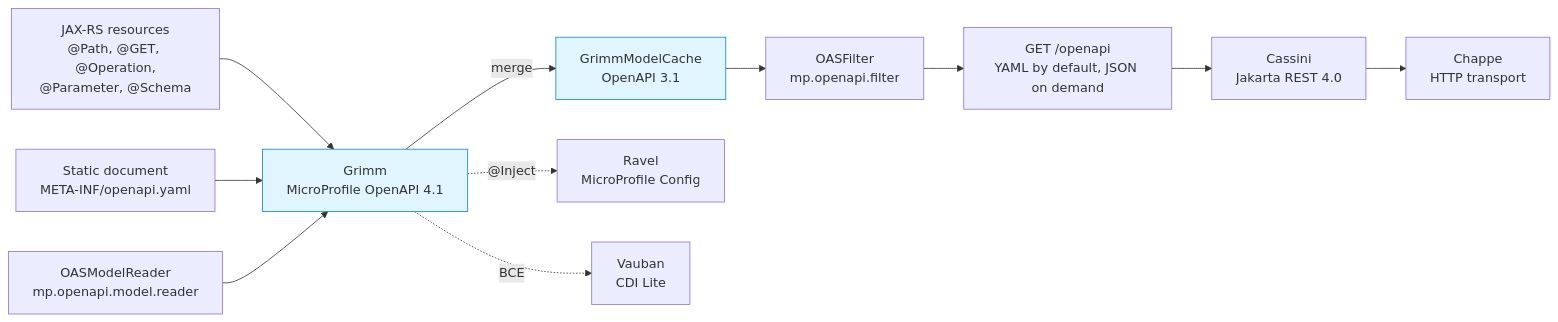
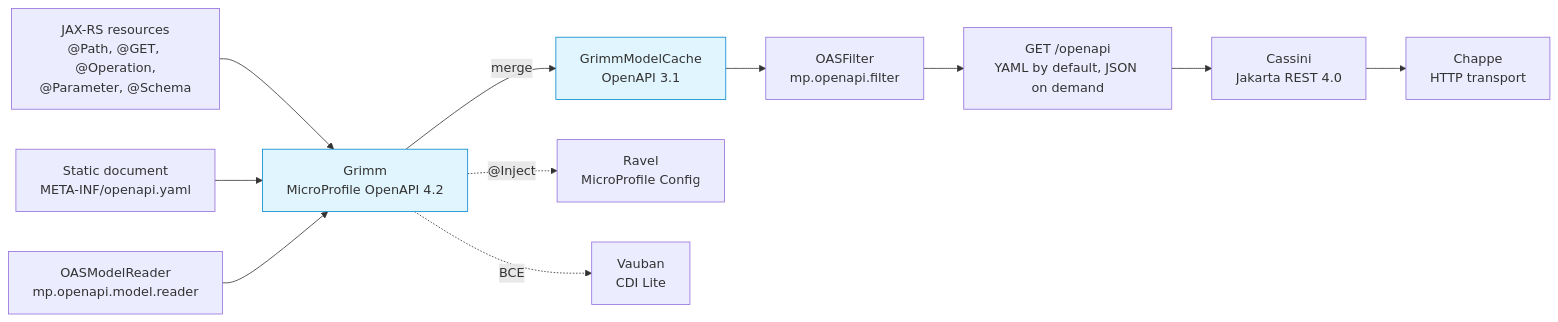
Before and after one commit to vidocq-stack/grimm: the diagram in docs/en/modules/ROOT/pages/index.adoc, drawn with Mermaid. The commit also changed other lines of this file and 22 other files, not shown here.

First line of the commit message:
build(tck): run the official MicroProfile OpenAPI 4.2-RC5 TCK (367/367)

```diff
--- a/docs/en/modules/ROOT/pages/index.adoc
+++ b/docs/en/modules/ROOT/pages/index.adoc
@@ -61,26 +61,26 @@
 [mermaid]
 ....
 flowchart LR
   Resources["JAX-RS resources<br/>@Path, @GET, @Operation,<br/>@Parameter, @Schema"]
   Static["Static document<br/>META-INF/openapi.yaml"]
   Reader["OASModelReader<br/>mp.openapi.model.reader"]
   Filter["OASFilter<br/>mp.openapi.filter"]
 
   Resources --> Grimm
   Static --> Grimm
   Reader --> Grimm
 
-  Grimm["Grimm<br/>MicroProfile OpenAPI 4.1"]
+  Grimm["Grimm<br/>MicroProfile OpenAPI 4.2"]
   Grimm -->|merge| Cache["GrimmModelCache<br/>OpenAPI 3.1"]
   Cache --> Filter
   Filter --> Endpoint["GET /openapi<br/>YAML by default, JSON on demand"]
 
   Endpoint --> Cassini["Cassini<br/>Jakarta REST 4.0"]
   Cassini --> Chappe["Chappe<br/>HTTP transport"]
 
   Grimm -.@Inject.-> Ravel["Ravel<br/>MicroProfile Config"]
   Grimm -.BCE.-> Vauban["Vauban<br/>CDI Lite"]
 
   classDef rt fill:#e1f5fe,stroke:#0288d1
   class Grimm,Cache rt
 ....
```
